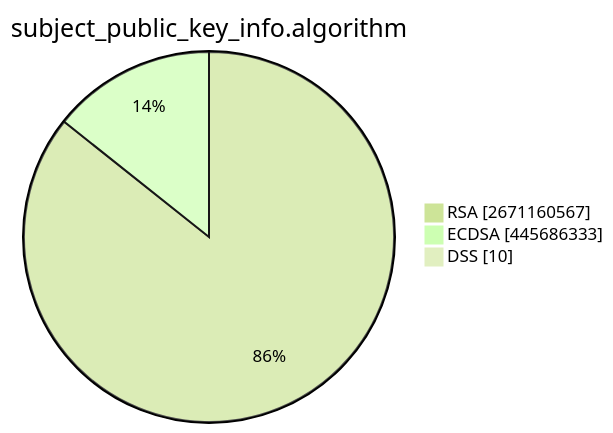
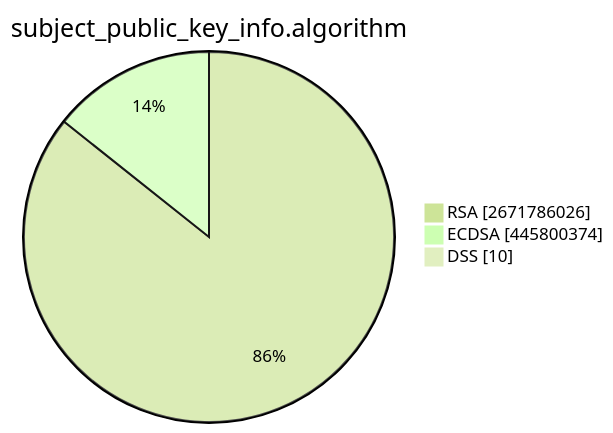
One commit to christiankrug/ctmonitor_visualization changed the second of 15 diagrams in TOTAL/README.md. Above: the diagram before and after it, drawn with Mermaid (forest theme). The commit also changed other lines of this file, not shown here.

````diff
--- a/TOTAL/README.md
+++ b/TOTAL/README.md
@@ -6,7 +6,7 @@
 ```mermaid
 pie showData
 title subject_public_key_info.algorithm
-"RSA" :2671160567
-"ECDSA" :445686333
+"RSA" :2671786026
+"ECDSA" :445800374
 "DSS" :10
 ```
````
